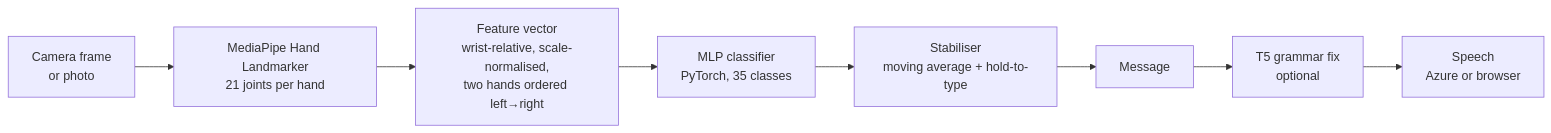
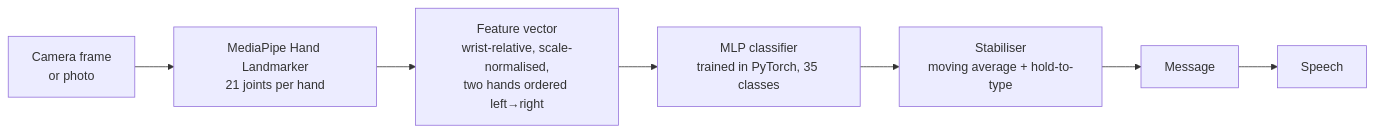
One commit to Neha-Jacob-8/Sign-Language-to-Speech-Translator changed the diagram in README.md. Above: the diagram before and after it, drawn with Mermaid. The commit also changed other lines of this file and 2 other files, not shown here.

First line of the commit message:
Update README for in-browser recognition and the live demo

````diff
--- a/README.md
+++ b/README.md
@@ -15,8 +18,8 @@
 ```mermaid
 flowchart LR
     A[Camera frame<br/>or photo] --> B[MediaPipe Hand Landmarker<br/>21 joints per hand]
     B --> C[Feature vector<br/>wrist-relative, scale-normalised,<br/>two hands ordered left→right]
-    C --> D[MLP classifier<br/>PyTorch, 35 classes]
+    C --> D[MLP classifier<br/>trained in PyTorch, 35 classes]
     D --> E[Stabiliser<br/>moving average + hold-to-type]
-    E --> F[Message] --> G[T5 grammar fix<br/>optional] --> H[Speech<br/>Azure or browser]
+    E --> F[Message] --> G[Speech]
 ```
````
